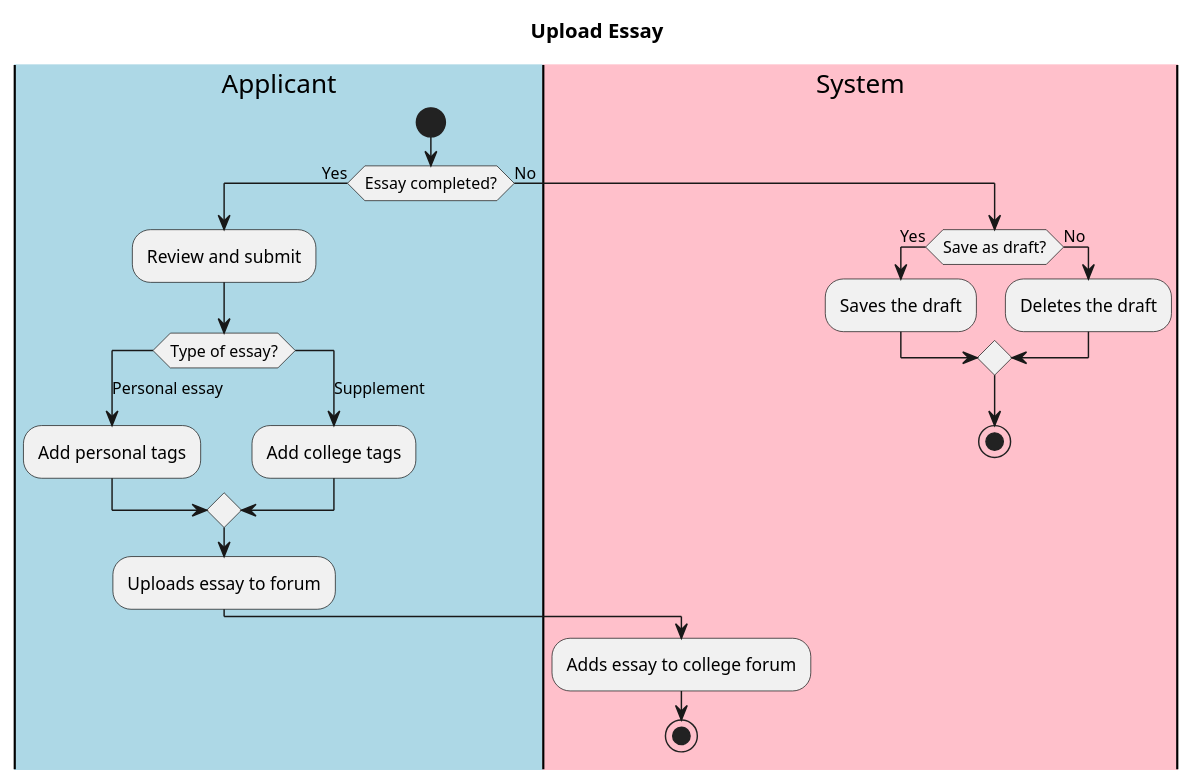
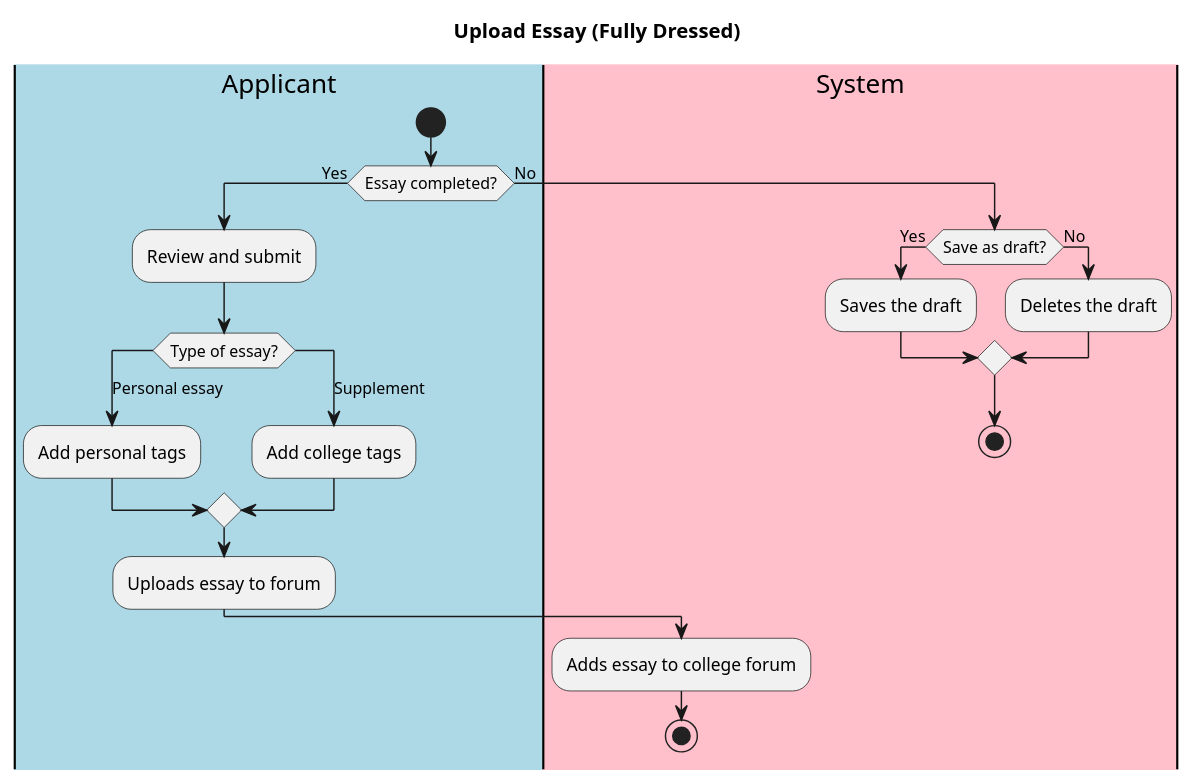
One commit to jlederer33/Essay-Review-App changed the diagram in intellij/use-cases/uploadessays.md. Above: the diagram before and after it, drawn with PlantUML. The commit also changed other lines of this file and 5 other files, not shown here.

`````diff
--- a/intellij/use-cases/uploadessays.md
+++ b/intellij/use-cases/uploadessays.md
@@ -1,28 +14,28 @@
 ````plantuml
 
-title Upload Essay
+title Upload Essay (Fully Dressed)
 |#lightblue|Applicant| 
 |#pink|System|
 
 |Applicant|
 start
 if (Essay completed?) then (Yes)
 :Review and submit;
 switch (Type of essay?)
 case (Personal essay)
 :Add personal tags;
 case (Supplement)
 :Add college tags;
 endswitch
 :Uploads essay to forum;
 |System|
 :Adds essay to college forum;
 stop
 else (No)
 if (Save as draft?) then (Yes)
 :Saves the draft;
 else (No) 
 :Deletes the draft;
 endif
 stop
 ````
`````
